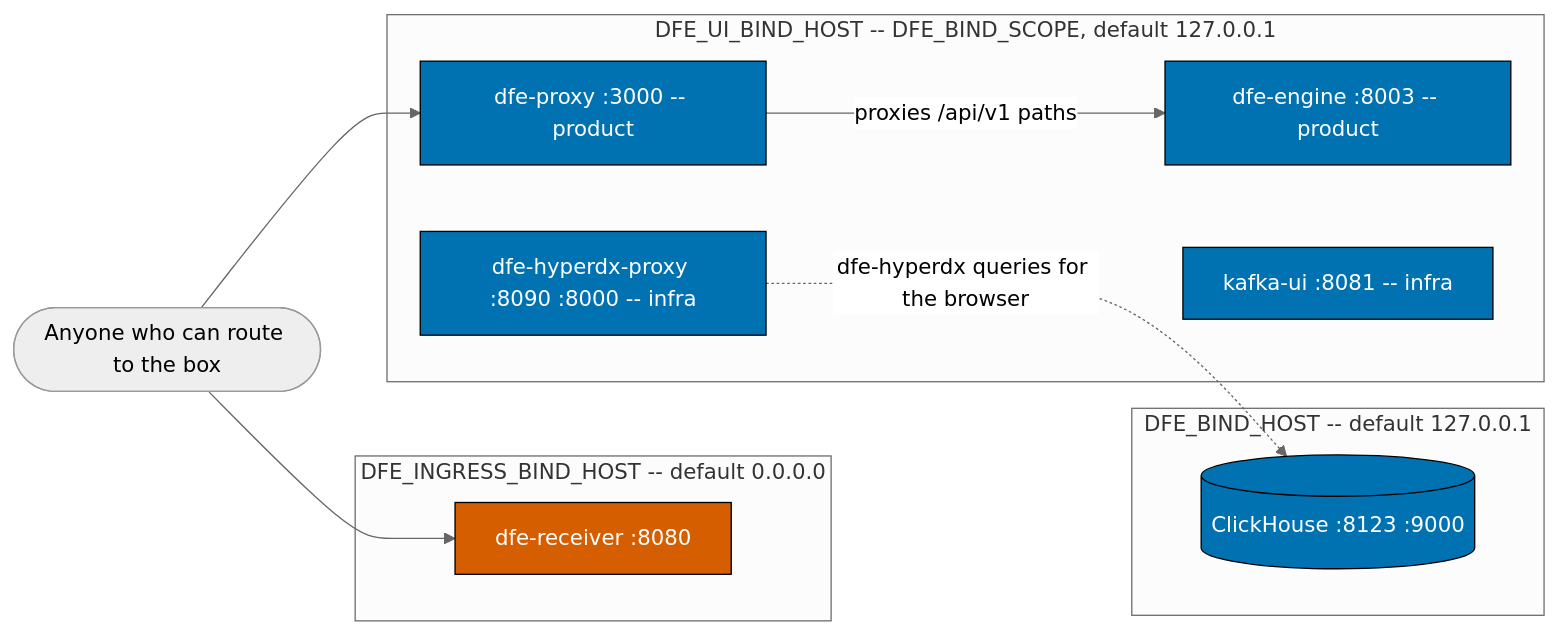
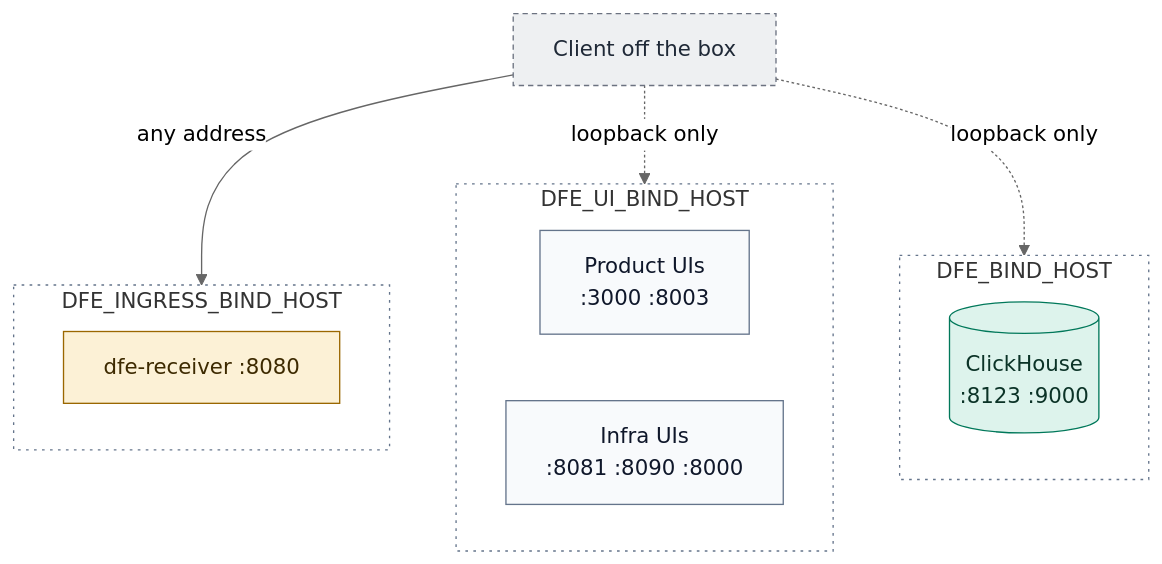
The diagram in docs/operating.md (hyperi-io/dfe-docker), drawn with Mermaid (neutral theme) before and after one commit. The commit also changed other lines of this file and 28 other files, not shown here.

First line of the commit message:
docs(docker): fix claims and redraw diagrams

````diff
--- a/docs/operating.md
+++ b/docs/operating.md
@@ -32,29 +29,37 @@
 ```mermaid
-flowchart LR
-    user(["Anyone who can route to the box"])
+flowchart TB
+    accTitle: L4 Detail -- Who reaches which port
+    accDescr: A client off the box reaches dfe-receiver on any address, because its ingest ports bind 0.0.0.0. The product UIs on 3000 and 8003, the infra UIs on 8081, 8090 and 8000 and the operator ports, ClickHouse among them, bind 127.0.0.1 by default and answer only on the box.
 
-    subgraph ingress["DFE_INGRESS_BIND_HOST -- default 0.0.0.0"]
+    client["Client off the box"]
+
+    subgraph ingress["DFE_INGRESS_BIND_HOST"]
+        direction LR
         recv["dfe-receiver :8080"]
     end
 
-    subgraph uis["DFE_UI_BIND_HOST -- DFE_BIND_SCOPE, default 127.0.0.1"]
-        proxy["dfe-proxy :3000 -- product"]
-        engine["dfe-engine :8003 -- product"]
-        kafbat["kafka-ui :8081 -- infra"]
-        hdx["dfe-hyperdx-proxy :8090 :8000 -- infra"]
+    subgraph uis["DFE_UI_BIND_HOST"]
+        direction LR
+        product["Product UIs<br/>:3000 :8003"]
+        infra["Infra UIs<br/>:8081 :8090 :8000"]
     end
 
-    subgraph operator["DFE_BIND_HOST -- default 127.0.0.1"]
-        ch[(ClickHouse :8123 :9000)]
+    subgraph operator["DFE_BIND_HOST"]
+        direction LR
+        ch[("ClickHouse<br/>:8123 :9000")]
     end
 
-    user --> recv
-    user --> proxy
-    proxy -->|proxies /api/v1 paths| engine
-    hdx -.->|dfe-hyperdx queries for the browser| ch
+    client -->|any address| ingress
+    client -.->|loopback only| uis
+    client -.->|loopback only| operator
 
-    classDef open fill:#D55E00,color:#ffffff,stroke:#000000
-    classDef loop fill:#0072B2,color:#ffffff,stroke:#000000
-    class recv open
-    class proxy,engine,kafbat,hdx,ch loop
+    classDef default fill:#F8FAFC,stroke:#64748B,stroke-width:1px,color:#0F172A
+    classDef store fill:#DDF3EC,stroke:#00785A,stroke-width:1px,color:#0B3327
+    classDef decision fill:#FCF1D6,stroke:#9A6700,stroke-width:1px,color:#3D2A00
+    classDef ext fill:#EEF0F2,stroke:#6B7280,stroke-width:1px,stroke-dasharray:4 3,color:#1F2937
+    classDef group fill:none,stroke:#64748B,stroke-width:1px,stroke-dasharray:2 4
+    class client ext
+    class recv decision
+    class ch store
+    class ingress,uis,operator group
 ```
````
